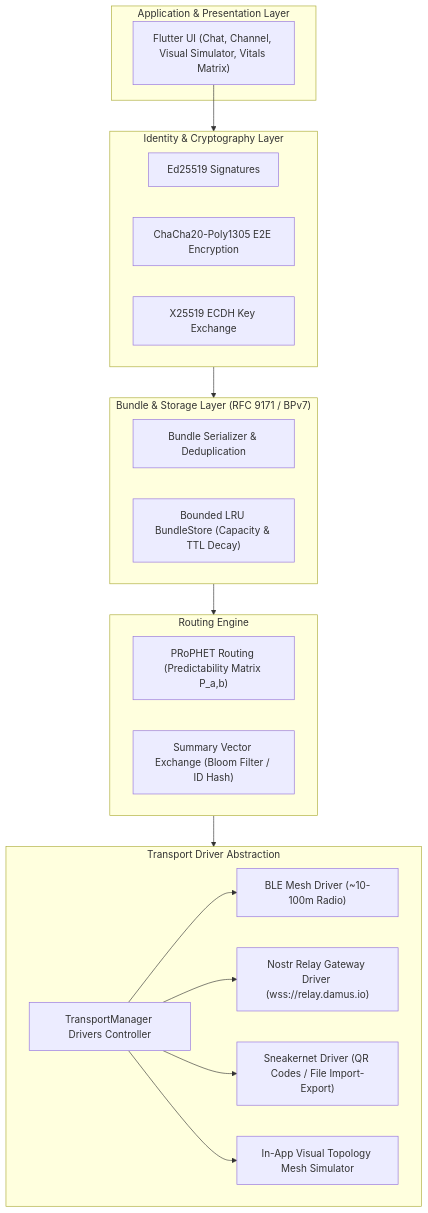
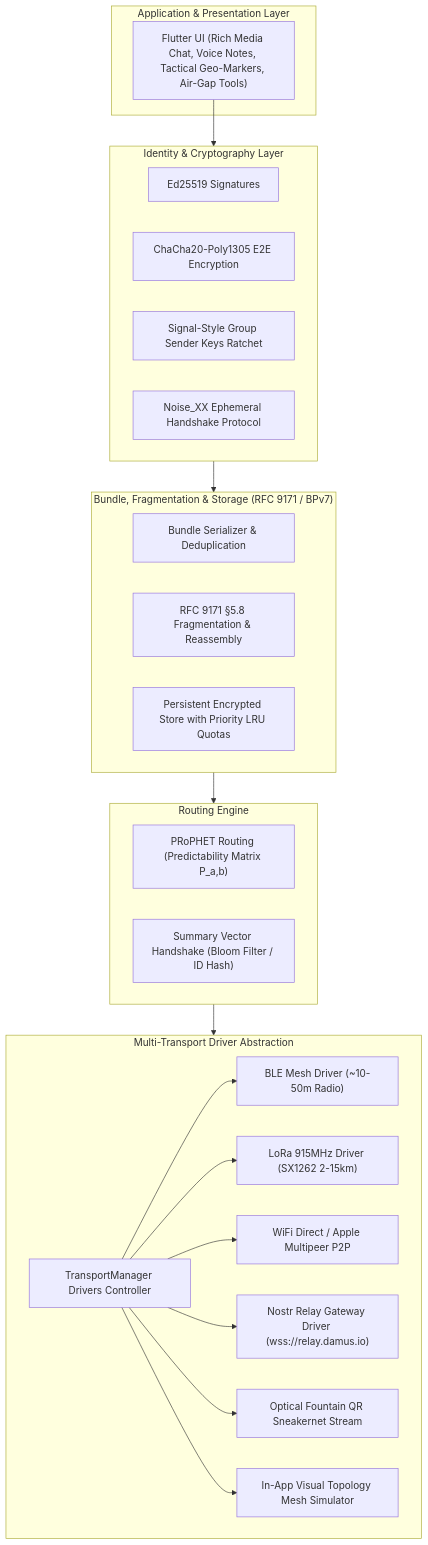
One commit to Zcross091/Better-BitChat changed the diagram in README.md. Above: the diagram before and after it, drawn with Mermaid. The commit also changed other lines of this file and 21 other files, not shown here.

First line of the commit message:
feat: implement 5 next-gen DTN capabilities — LoRa/WiFi-Direct, Fragmentation, Persistent Store, Fountain QR, Group Sender Keys

````diff
--- a/README.md
+++ b/README.md
@@ -25,39 +27,45 @@
 ```mermaid
 graph TD
     subgraph UI ["Application & Presentation Layer"]
-        AppUI["Flutter UI (Chat, Channel, Visual Simulator, Vitals Matrix)"]
+        AppUI["Flutter UI (Rich Media Chat, Voice Notes, Tactical Geo-Markers, Air-Gap Tools)"]
     end
 
     subgraph Security ["Identity & Cryptography Layer"]
         Ed25519["Ed25519 Signatures"]
         ChaCha["ChaCha20-Poly1305 E2E Encryption"]
-        X25519["X25519 ECDH Key Exchange"]
+        GroupKeys["Signal-Style Group Sender Keys Ratchet"]
+        Noise["Noise_XX Ephemeral Handshake Protocol"]
     end
 
-    subgraph DTN ["Bundle & Storage Layer (RFC 9171 / BPv7)"]
+    subgraph DTN ["Bundle, Fragmentation & Storage (RFC 9171 / BPv7)"]
         BundleEngine["Bundle Serializer & Deduplication"]
-        Store["Bounded LRU BundleStore (Capacity & TTL Decay)"]
+        FragEngine["RFC 9171 §5.8 Fragmentation & Reassembly"]
+        PersistentStore["Persistent Encrypted Store with Priority LRU Quotas"]
     end
 
     subgraph Routing ["Routing Engine"]
         Prophet["PRoPHET Routing (Predictability Matrix P_a,b)"]
-        Vector["Summary Vector Exchange (Bloom Filter / ID Hash)"]
+        Vector["Summary Vector Handshake (Bloom Filter / ID Hash)"]
     end
 
-    subgraph Transport ["Transport Driver Abstraction"]
+    subgraph Transport ["Multi-Transport Driver Abstraction"]
         Manager["TransportManager Drivers Controller"]
-        BLE["BLE Mesh Driver (~10-100m Radio)"]
+        BLE["BLE Mesh Driver (~10-50m Radio)"]
+        LoRa["LoRa 915MHz Driver (SX1262 2-15km)"]
+        WiFiP2P["WiFi Direct / Apple Multipeer P2P"]
         Nostr["Nostr Relay Gateway Driver (wss://relay.damus.io)"]
-        Sneakernet["Sneakernet Driver (QR Codes / File Import-Export)"]
+        Fountain["Optical Fountain QR Sneakernet Stream"]
         Simulator["In-App Visual Topology Mesh Simulator"]
     end
 
     AppUI --> Security
     Security --> DTN
     DTN --> Routing
     Routing --> Transport
     Manager --> BLE
+    Manager --> LoRa
+    Manager --> WiFiP2P
     Manager --> Nostr
-    Manager --> Sneakernet
+    Manager --> Fountain
     Manager --> Simulator
 ```
````
